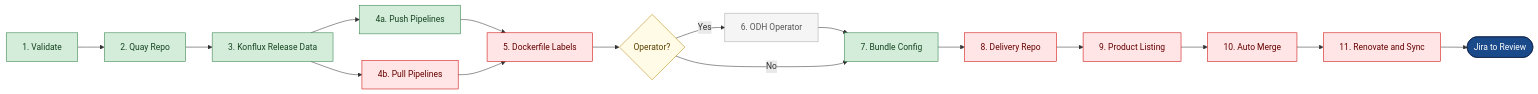
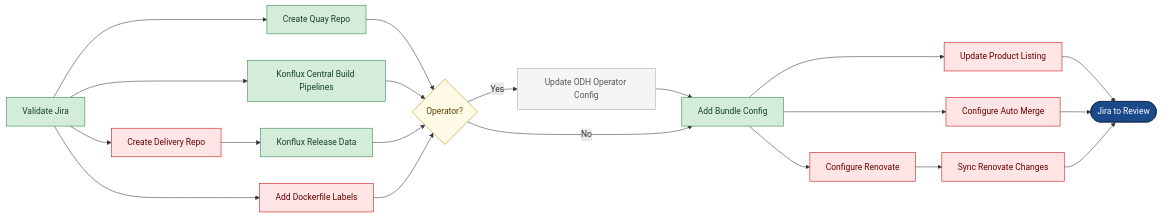
The second of 3 diagrams in docs/rfds/odh-component-onboarding/flow-diagrams-lr.md (opendatahub-io/aiops-infra), drawn with Mermaid before and after one commit. The commit also changed other lines of this file, not shown here.

````diff
--- a/docs/rfds/odh-component-onboarding/flow-diagrams-lr.md
+++ b/docs/rfds/odh-component-onboarding/flow-diagrams-lr.md
@@ -42,33 +42,43 @@
 ```mermaid
 flowchart LR
     classDef both    fill:#D4EDDA,stroke:#2D7D46,color:#154420
     classDef rhoai   fill:#FFE5E5,stroke:#CC0000,color:#660000
     classDef cond    fill:#F5F5F5,stroke:#AAAAAA,color:#555555
     classDef done    fill:#1A4A8A,stroke:#0d2045,color:#FFFFFF
     classDef decide  fill:#FFFBE6,stroke:#B8860B,color:#5a4000
 
-    S1["1. Validate"]:::both
-    S2["2. Quay Repo"]:::both
-    S3["3. Konflux Release Data"]:::both
-    S4a["4a. Push Pipelines"]:::both
-    S4b["4b. Pull Pipelines"]:::rhoai
-    S5["5. Dockerfile Labels"]:::rhoai
-    OP{"Operator?"}:::decide
-    S6["6. ODH Operator"]:::cond
-    S7["7. Bundle Config"]:::both
-    S8["8. Delivery Repo"]:::rhoai
-    S9["9. Product Listing"]:::rhoai
-    S10["10. Auto Merge"]:::rhoai
-    S11["11. Renovate and Sync"]:::rhoai
+    S1[Validate Jira]:::both
+    S2[Create Quay Repo]:::both
+    S3[Konflux Release Data]:::both
+    S4[Konflux Central Build Pipelines]:::both
+    S5[Add Dockerfile Labels]:::rhoai
+    OP{Operator?}:::decide
+    S6[Update ODH Operator Config]:::cond
+    S7[Add Bundle Config]:::both
+    S8[Create Delivery Repo]:::rhoai
+    S9[Update Product Listing]:::rhoai
+    S10[Configure Auto Merge]:::rhoai
+    S11[Configure Renovate]:::rhoai
+    S12[Sync Renovate Changes]:::rhoai
     DONE([Jira to Review]):::done
 
-    S1 --> S2 --> S3 --> S4a
-    S3 --> S4b
-    S4a --> S5
-    S4b --> S5
+    S1 --> S2
+    S1 --> S8
+    S8 --> S3
+    S1 --> S4
+    S1 --> S5
+    S2 --> OP
+    S4 --> OP
+    S3 --> OP
     S5 --> OP
     OP -->|Yes| S6
     S6 --> S7
     OP -->|No| S7
-    S7 --> S8 --> S9 --> S10 --> S11 --> DONE
+    S7 --> S9
+    S7 --> S10
+    S7 --> S11
+    S11 --> S12
+    S9 --> DONE
+    S10 --> DONE
+    S12 --> DONE
 ```
````
